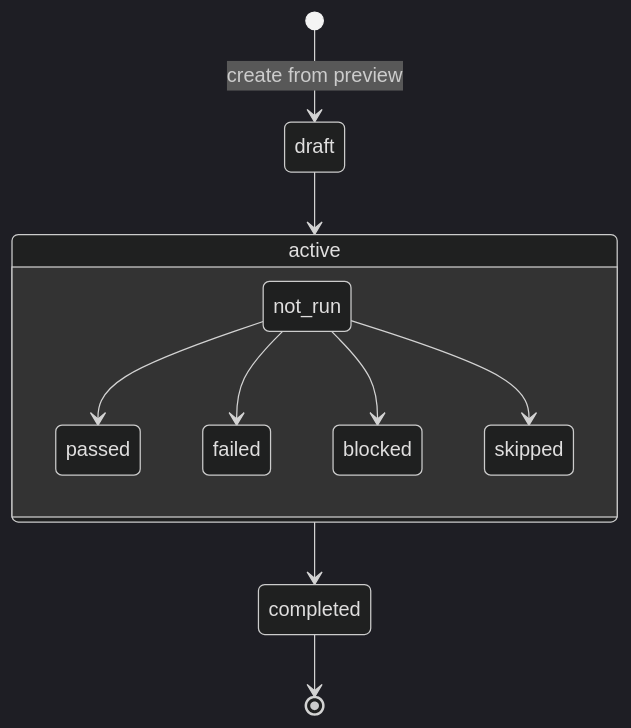
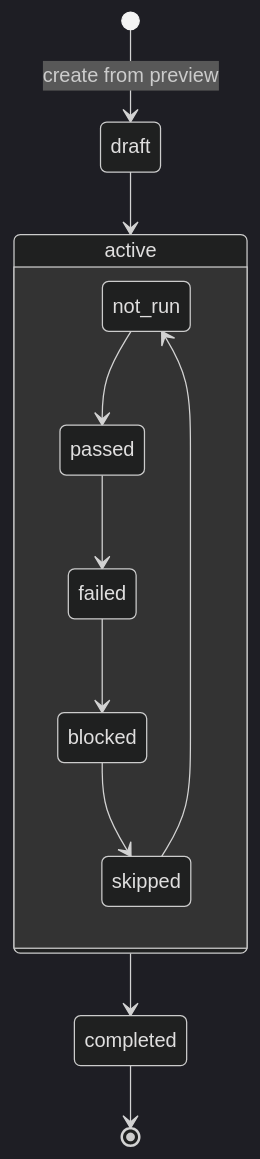
The second of 2 diagrams in project-docs/docs/flows/pad-run-lifecycle.md (ckotch47/vtpad_mono), drawn with Mermaid (dark theme) before and after one commit. The commit also changed other lines of this file and 9 other files, not shown here.

````diff
--- a/project-docs/docs/flows/pad-run-lifecycle.md
+++ b/project-docs/docs/flows/pad-run-lifecycle.md
@@ -99,13 +99,14 @@
 ```mermaid
 stateDiagram-v2
     [*] --> draft: create from preview
     draft --> active
     active --> completed
     state active {
         not_run --> passed
-        not_run --> failed
-        not_run --> blocked
-        not_run --> skipped
+        passed --> failed
+        failed --> blocked
+        blocked --> skipped
+        skipped --> not_run
     }
     completed --> [*]
 ```
````
